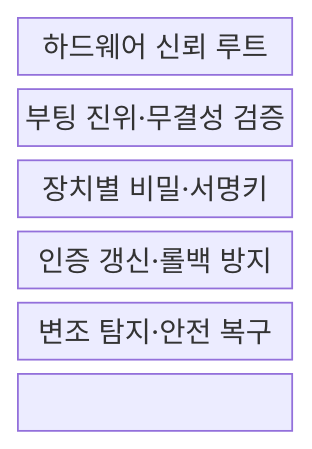
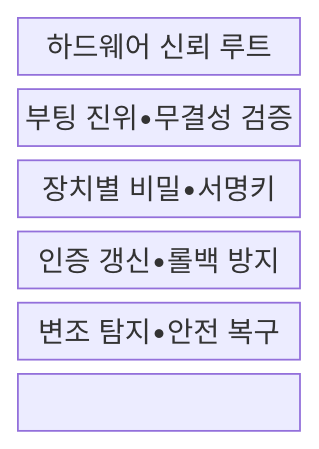
One commit to agnusdei1207/knowledge-base changed the first of 2 diagrams in src/content/docs/notes/05-security/126_firmware_security.md. Above: the diagram before and after it, drawn with Mermaid. The commit also changed other lines of this file and 953 other files, not shown here.

````diff
--- a/src/content/docs/notes/05-security/126_firmware_security.md
+++ b/src/content/docs/notes/05-security/126_firmware_security.md
@@ -65,11 +65,11 @@
 ```mermaid
 block-beta
   columns 1
   R["하드웨어 신뢰 루트"]
-  B["부팅 진위·무결성 검증"]
-  K["장치별 비밀·서명키"]
-  U["인증 갱신·롤백 방지"]
-  C["변조 탐지·안전 복구"]
+  B["부팅 진위•무결성 검증"]
+  K["장치별 비밀•서명키"]
+  U["인증 갱신•롤백 방지"]
+  C["변조 탐지•안전 복구"]
   R --- B --- K
   K --- U --- C
 ```
````
